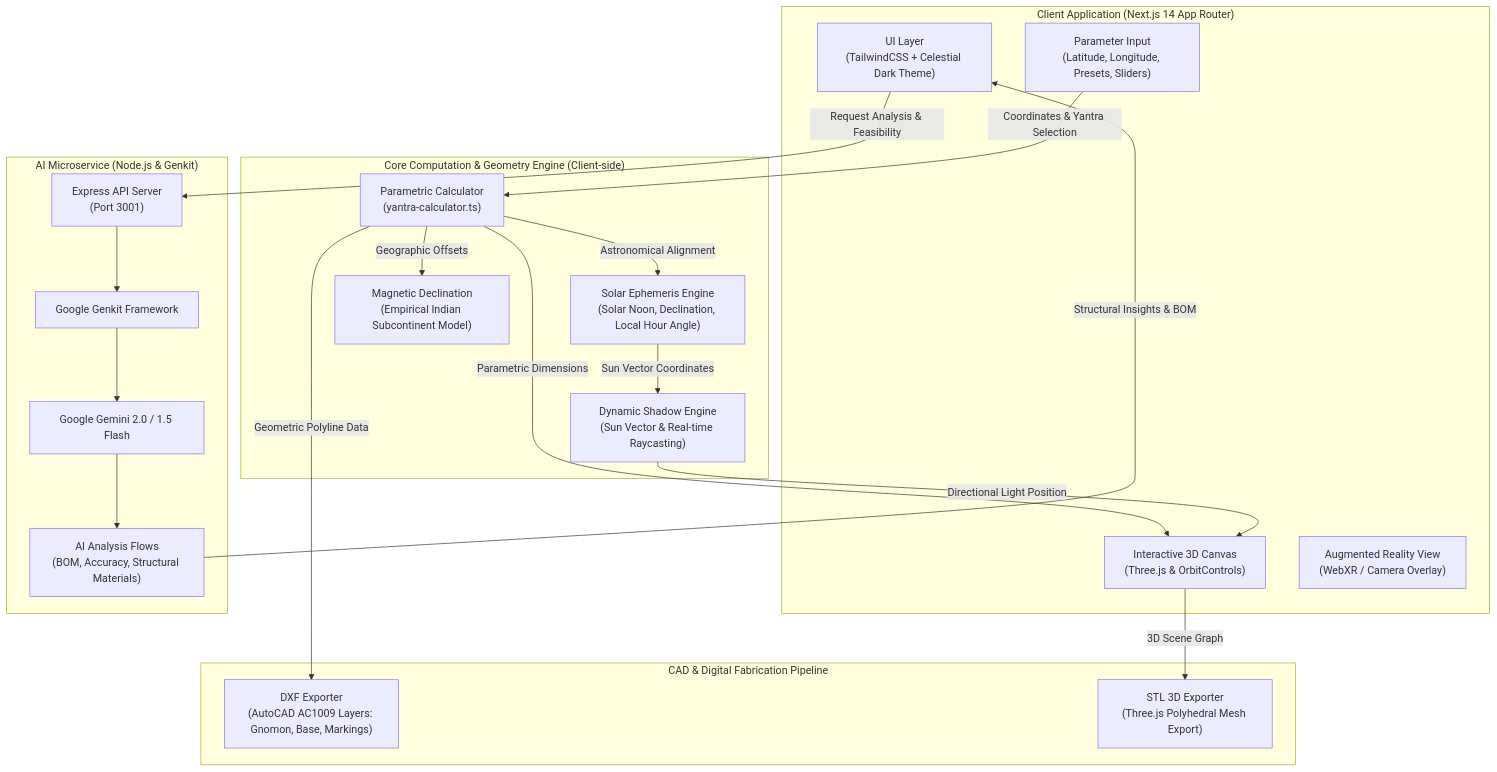
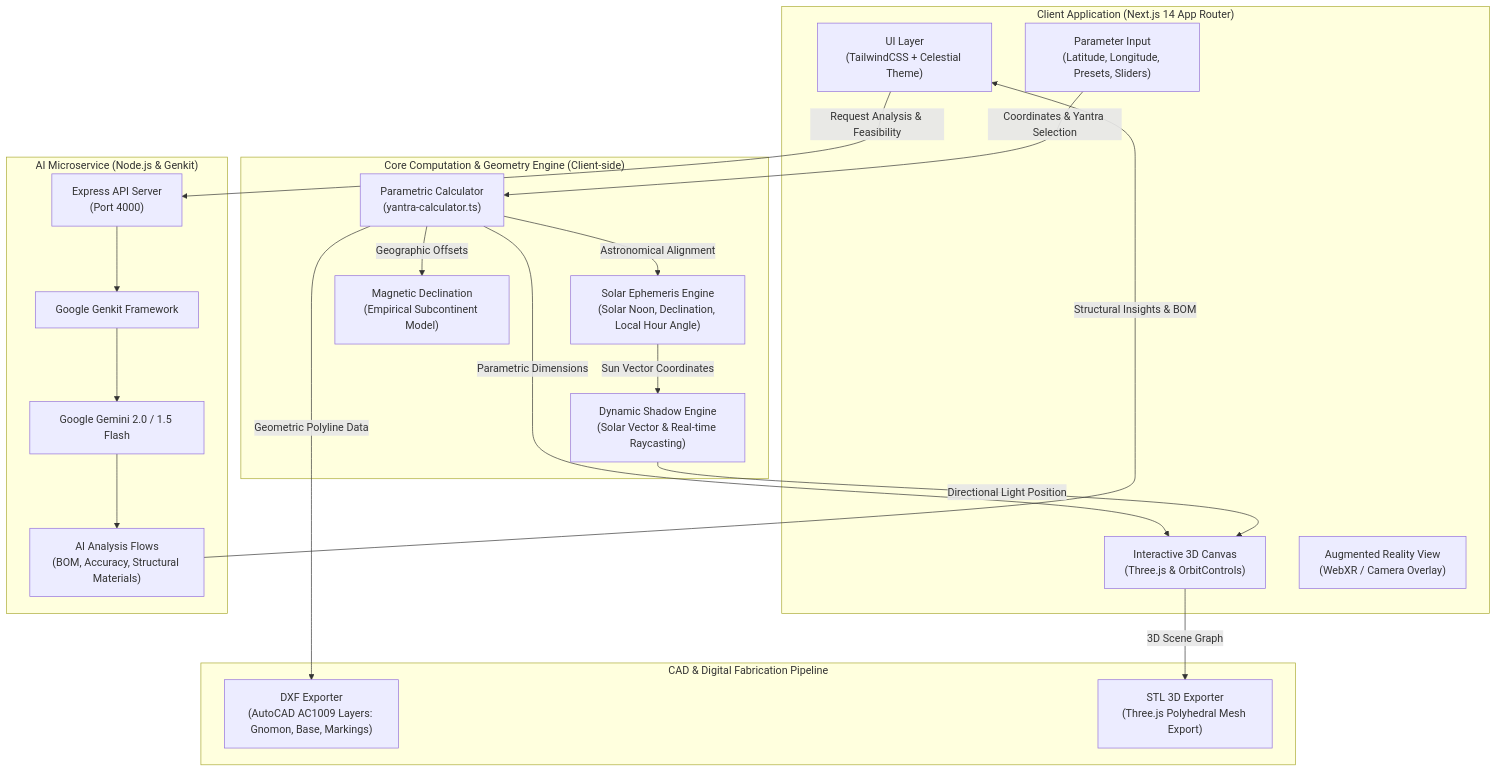
Before and after one commit to monkeysoul-cmd/YantraVis: the first of 5 diagrams in README.md, drawn with Mermaid. The commit also changed other lines of this file and 12 other files, not shown here.

````diff
--- a/README.md
+++ b/README.md
@@ -46,42 +56,42 @@
 ```mermaid
 graph TB
     subgraph Client ["Client Application (Next.js 14 App Router)"]
-        UI["UI Layer<br/>(TailwindCSS + Celestial Dark Theme)"]
+        UI["UI Layer<br/>(TailwindCSS + Celestial Theme)"]
         Form["Parameter Input<br/>(Latitude, Longitude, Presets, Sliders)"]
         Canvas["Interactive 3D Canvas<br/>(Three.js & OrbitControls)"]
         ARView["Augmented Reality View<br/>(WebXR / Camera Overlay)"]
     end
 
     subgraph CoreEngine ["Core Computation & Geometry Engine (Client-side)"]
         Calc["Parametric Calculator<br/>(yantra-calculator.ts)"]
         Astro["Solar Ephemeris Engine<br/>(Solar Noon, Declination, Local Hour Angle)"]
-        Declination["Magnetic Declination<br/>(Empirical Indian Subcontinent Model)"]
-        ShadowEngine["Dynamic Shadow Engine<br/>(Sun Vector & Real-time Raycasting)"]
+        Declination["Magnetic Declination<br/>(Empirical Subcontinent Model)"]
+        ShadowEngine["Dynamic Shadow Engine<br/>(Solar Vector & Real-time Raycasting)"]
     end
 
     subgraph CADExport ["CAD & Digital Fabrication Pipeline"]
         DXF["DXF Exporter<br/>(AutoCAD AC1009 Layers: Gnomon, Base, Markings)"]
         STL["STL 3D Exporter<br/>(Three.js Polyhedral Mesh Export)"]
     end
 
     subgraph AIService ["AI Microservice (Node.js & Genkit)"]
-        Server["Express API Server<br/>(Port 3001)"]
+        Server["Express API Server<br/>(Port 4000)"]
         Genkit["Google Genkit Framework"]
         Gemini["Google Gemini 2.0 / 1.5 Flash"]
         Flows["AI Analysis Flows<br/>(BOM, Accuracy, Structural Materials)"]
     end
 
     Form -->|Coordinates & Yantra Selection| Calc
     Calc -->|Parametric Dimensions| Canvas
     Calc -->|Astronomical Alignment| Astro
     Calc -->|Geographic Offsets| Declination
     Astro -->|Sun Vector Coordinates| ShadowEngine
     ShadowEngine -->|Directional Light Position| Canvas
     Canvas -->|3D Scene Graph| STL
     Calc -->|Geometric Polyline Data| DXF
     UI -->|Request Analysis & Feasibility| Server
     Server --> Genkit
     Genkit --> Gemini
     Gemini --> Flows
     Flows -->|Structural Insights & BOM| UI
 ```
````
